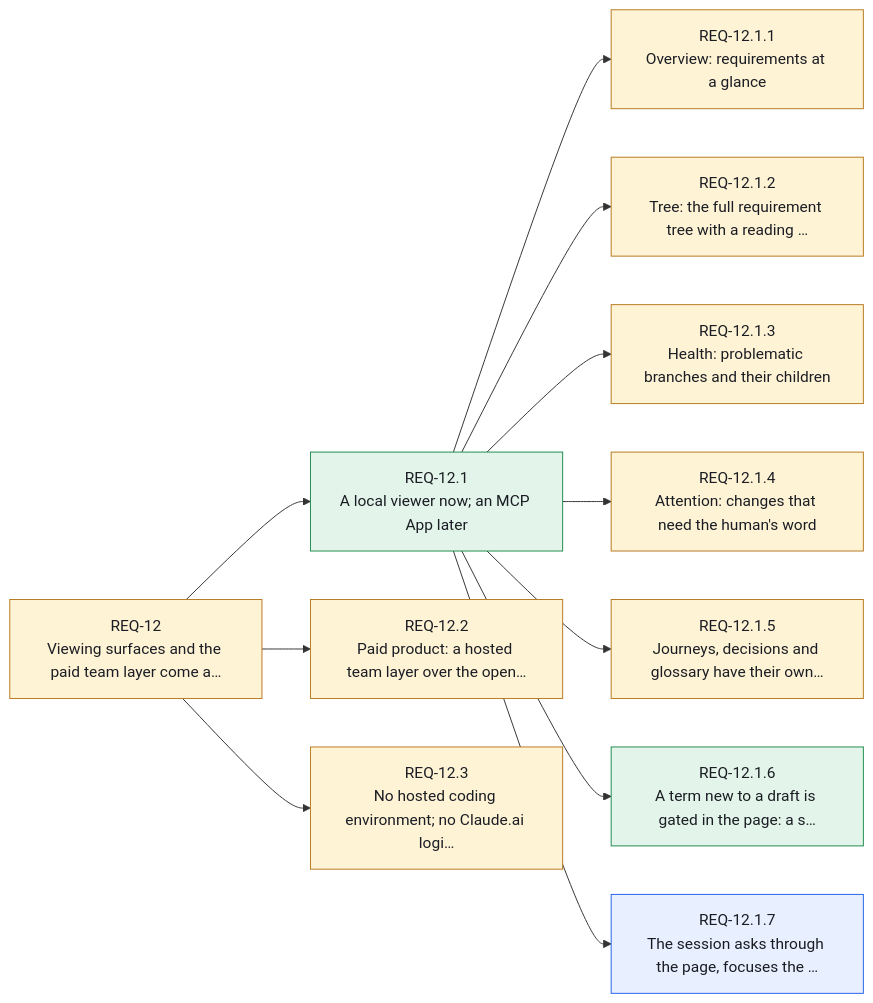
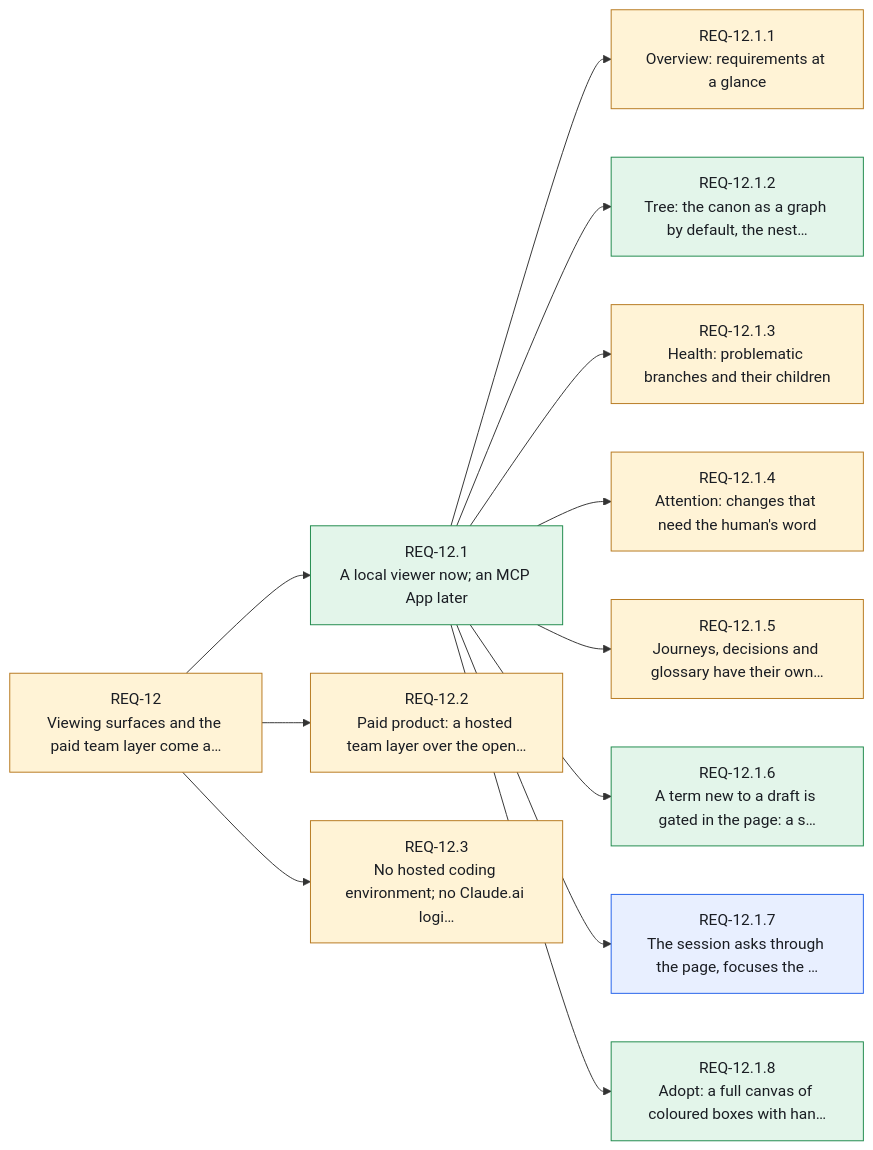
One commit to Althis/headcanon changed diagram 13 of 14 in canon/INDEX.md. Above: the diagram before and after it, drawn with Mermaid. The commit also changed other lines of this file and 149 other files, not shown here.

````diff
--- a/canon/INDEX.md
+++ b/canon/INDEX.md
@@ -561,29 +567,31 @@
 ```mermaid
 flowchart LR
     REQ_12["REQ-12<br/>Viewing surfaces and the paid team layer come a…"]:::assumed
     REQ_12_1["REQ-12.1<br/>A local viewer now; an MCP App later"]:::stated
     REQ_12_1_1["REQ-12.1.1<br/>Overview: requirements at a glance"]:::assumed
-    REQ_12_1_2["REQ-12.1.2<br/>Tree: the full requirement tree with a reading …"]:::assumed
+    REQ_12_1_2["REQ-12.1.2<br/>Tree: the canon as a graph by default, the nest…"]:::stated
     REQ_12_1_3["REQ-12.1.3<br/>Health: problematic branches and their children"]:::assumed
     REQ_12_1_4["REQ-12.1.4<br/>Attention: changes that need the human's word"]:::assumed
     REQ_12_1_5["REQ-12.1.5<br/>Journeys, decisions and glossary have their own…"]:::assumed
     REQ_12_1_6["REQ-12.1.6<br/>A term new to a draft is gated in the page: a s…"]:::stated
     REQ_12_1_7["REQ-12.1.7<br/>The session asks through the page, focuses the …"]:::resolved
+    REQ_12_1_8["REQ-12.1.8<br/>Adopt: a full canvas of coloured boxes with han…"]:::stated
     REQ_12_2["REQ-12.2<br/>Paid product: a hosted team layer over the open…"]:::assumed
     REQ_12_3["REQ-12.3<br/>No hosted coding environment; no Claude.ai logi…"]:::assumed
     REQ_12 --> REQ_12_1
     REQ_12_1 --> REQ_12_1_1
     REQ_12_1 --> REQ_12_1_2
     REQ_12_1 --> REQ_12_1_3
     REQ_12_1 --> REQ_12_1_4
     REQ_12_1 --> REQ_12_1_5
     REQ_12_1 --> REQ_12_1_6
     REQ_12_1 --> REQ_12_1_7
+    REQ_12_1 --> REQ_12_1_8
     REQ_12 --> REQ_12_2
     REQ_12 --> REQ_12_3
     classDef stated fill:#e3f5ea,stroke:#1f8a4c,color:#1a1d23
     classDef resolved fill:#e8efff,stroke:#2563eb,color:#1a1d23
     classDef assumed fill:#fff3d6,stroke:#b7791f,color:#1a1d23
-    classDef open fill:#ece9fb,stroke:#6b5bd2,color:#1a1d23
+    classDef draft fill:#ece9fb,stroke:#6b5bd2,color:#1a1d23
     classDef contested fill:#fde7e8,stroke:#d13438,color:#1a1d23
 ```
````
